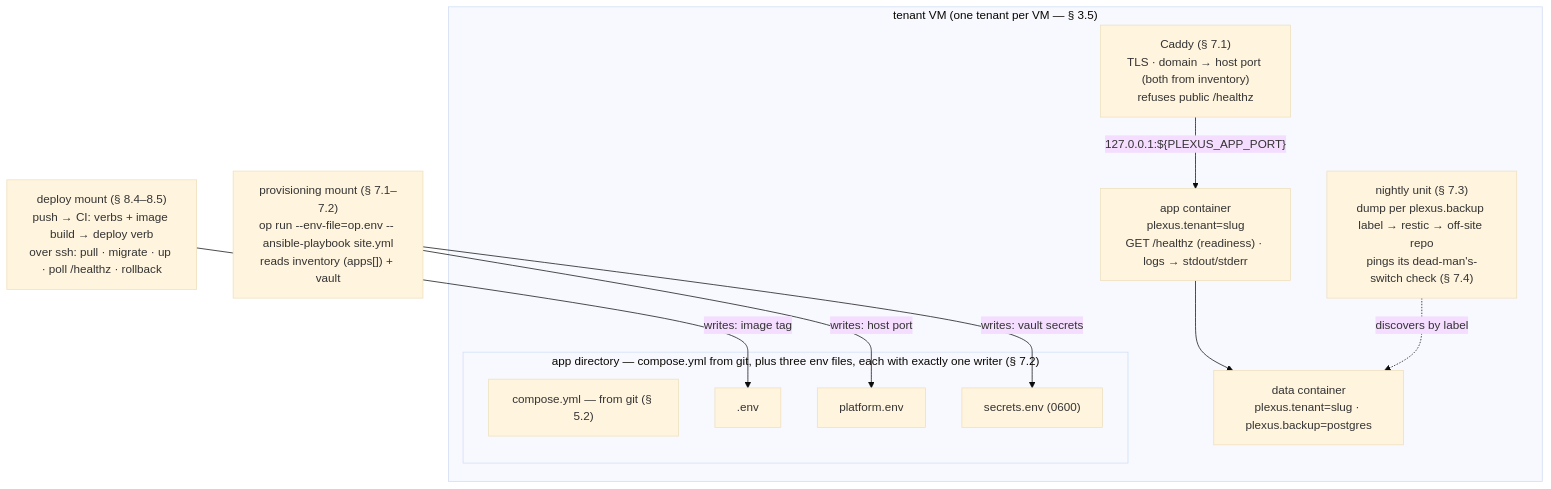
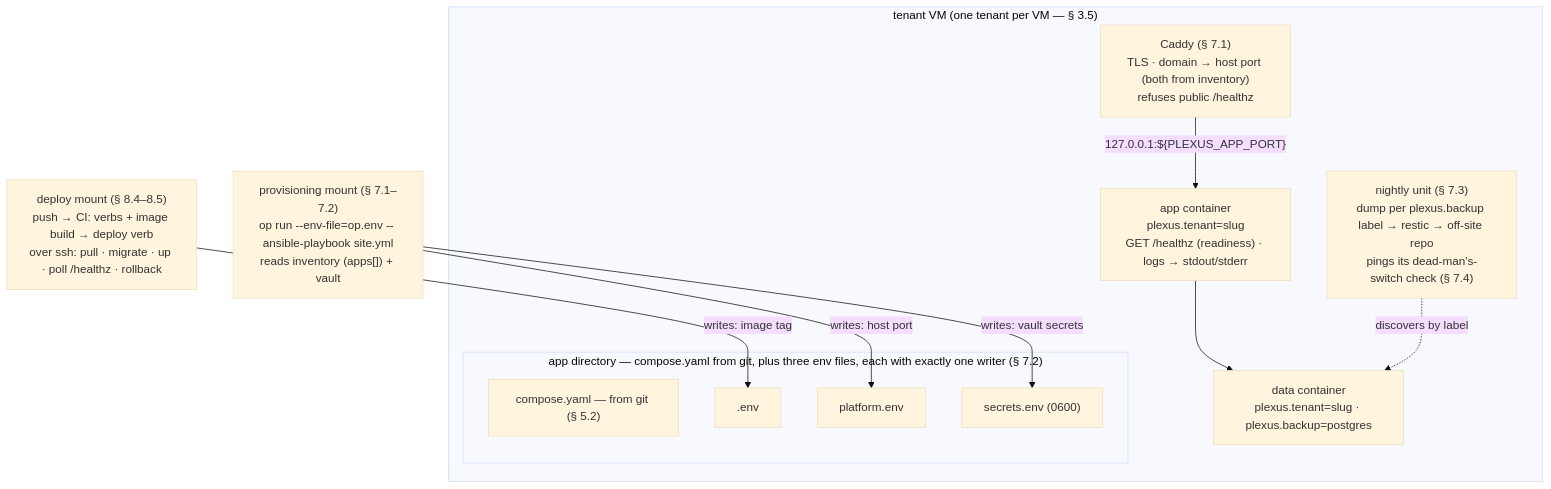
Before and after one commit to plexus-ms/compendium: the second of 2 diagrams in plexus/standard.md, drawn with Mermaid (base theme). The commit also changed other lines of this file and 1 other file, not shown here.

Commit message:
fix: compose.yml -> compose.yaml

````diff
--- a/plexus/standard.md
+++ b/plexus/standard.md
@@ -392,23 +392,23 @@
 ```mermaid
 flowchart TB
   provisioning["provisioning mount (§ 7.1–7.2)<br>op run --env-file=op.env -- ansible-playbook site.yml<br>reads inventory (apps[]) + vault"]
   deploy["deploy mount (§ 8.4–8.5)<br>push → CI: verbs + image build → deploy verb<br>over ssh: pull · migrate · up · poll /healthz · rollback"]
   subgraph vm["tenant VM (one tenant per VM — § 3.5)"]
     caddy["Caddy (§ 7.1)<br>TLS · domain → host port (both from inventory)<br>refuses public /healthz"]
-    subgraph appdir["app directory — compose.yml from git, plus three env files, each with exactly one writer (§ 7.2)"]
-      compose["compose.yml — from git (§ 5.2)"]
+    subgraph appdir["app directory — compose.yaml from git, plus three env files, each with exactly one writer (§ 7.2)"]
+      compose["compose.yaml — from git (§ 5.2)"]
       dotenv[".env"]
       platformenv["platform.env"]
       secretsenv["secrets.env (0600)"]
     end
     app["app container<br>plexus.tenant=slug<br>GET /healthz (readiness) · logs → stdout/stderr"]
     data["data container<br>plexus.tenant=slug · plexus.backup=postgres"]
     backup["nightly unit (§ 7.3)<br>dump per plexus.backup label → restic → off-site repo<br>pings its dead-man's-switch check (§ 7.4)"]
   end
   provisioning -- "writes: host port" --> platformenv
   provisioning -- "writes: vault secrets" --> secretsenv
   deploy -- "writes: image tag" --> dotenv
   caddy -- "127.0.0.1:${PLEXUS_APP_PORT}" --> app
   app --> data
   backup -. "discovers by label" .-> data
 ```
````
